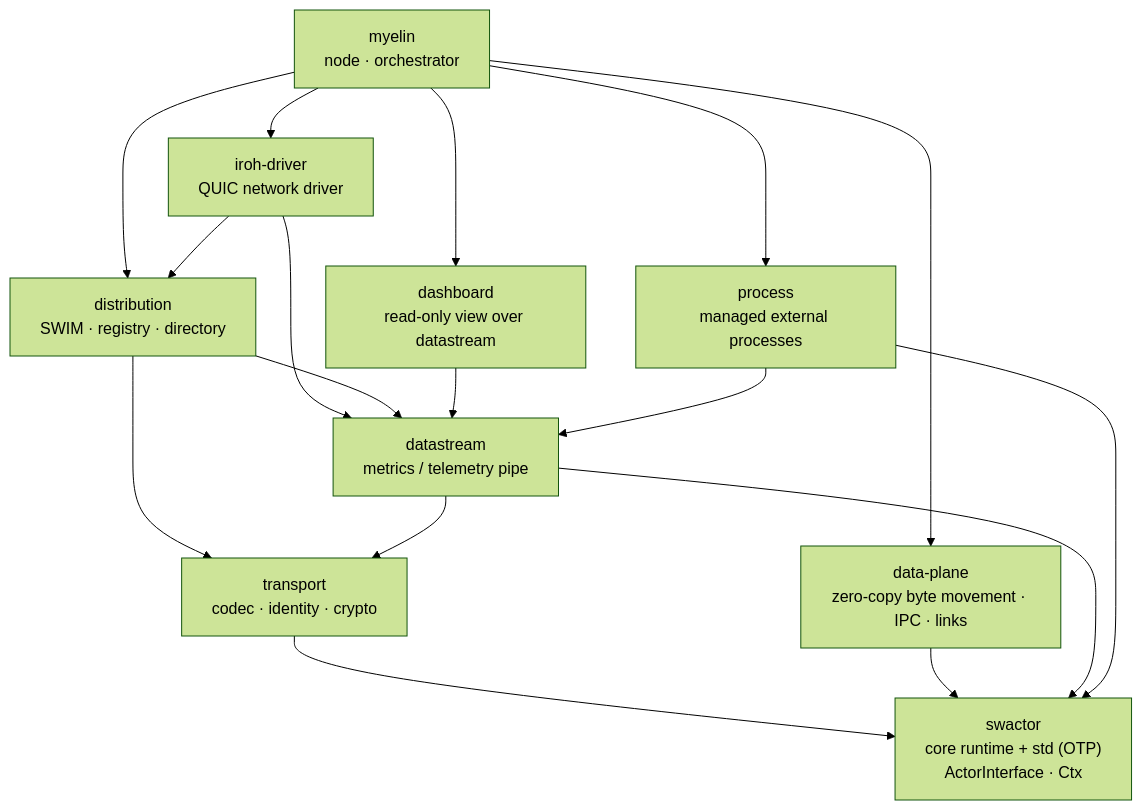
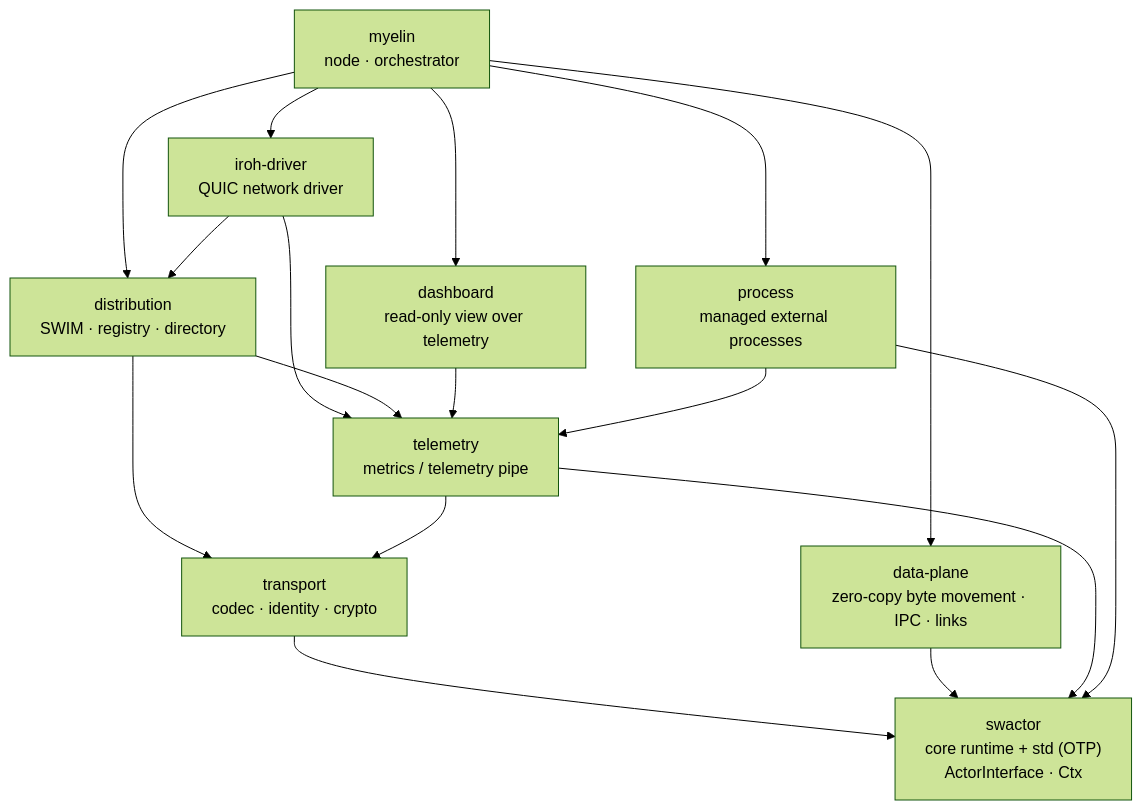
One commit to zacheryasc/swactor changed the diagram in README.md. Above: the diagram before and after it, drawn with Mermaid (forest theme). The commit also changed other lines of this file and 89 other files, not shown here.

First line of the commit message:
refactor: `datastream` crate is now `telemetry`

````diff
--- a/README.md
+++ b/README.md
@@ -301,29 +301,29 @@
 ```mermaid
 flowchart TD
     app["myelin<br/>node · orchestrator"]
     driver["iroh-driver<br/>QUIC network driver"]
     dist["distribution<br/>SWIM · registry · directory"]
-    dash["dashboard<br/>read-only view over datastream"]
+    dash["dashboard<br/>read-only view over telemetry"]
     proc["process<br/>managed external processes"]
     dp["data-plane<br/>zero-copy byte movement · IPC · links"]
-    ds["datastream<br/>metrics / telemetry pipe"]
+    ds["telemetry<br/>metrics / telemetry pipe"]
     trans["transport<br/>codec · identity · crypto"]
     core["swactor<br/>core runtime + std (OTP)<br/>ActorInterface · Ctx"]
 
     app --> driver
     app --> dist
     app --> dp
     app --> dash
     app --> proc
     driver --> dist
     driver --> ds
     dist --> trans
     dist --> ds
     dash --> ds
     proc --> ds
     ds --> trans
     trans --> core
     dp --> core
     ds --> core
     proc --> core
 ```
````
